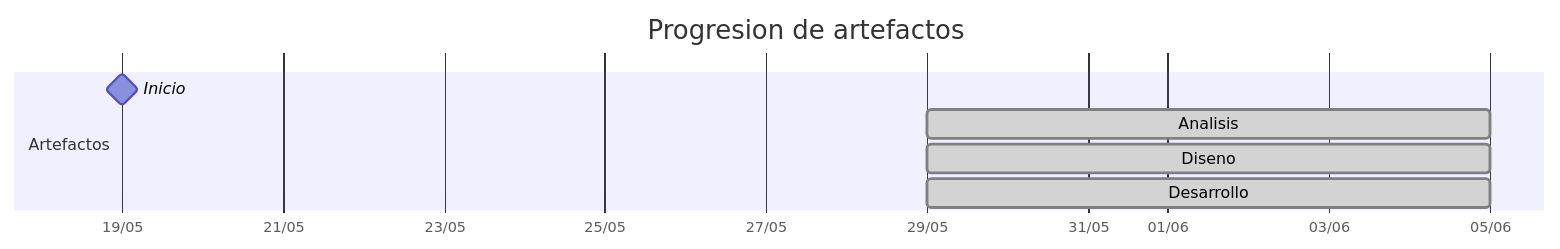
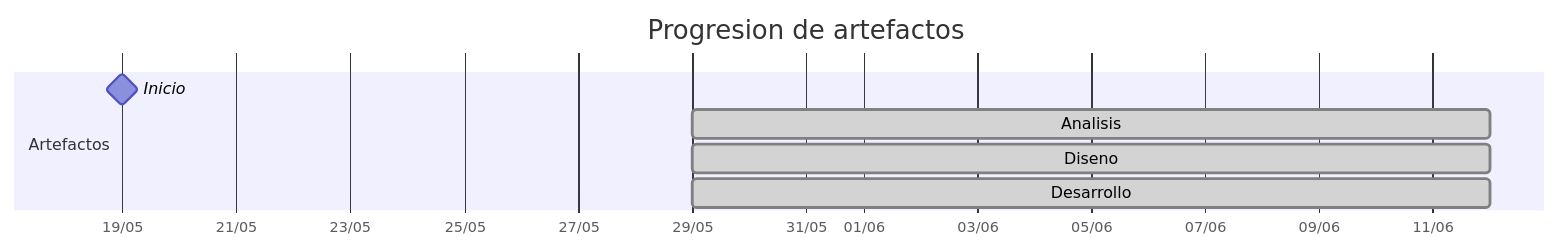
Before and after one commit to mmasias/25-26-idsw2-sdVC: the diagram in TIMELINES/eirik-rosete.md, drawn with Mermaid. The commit also changed other lines of this file and 9 other files, not shown here.

````diff
--- a/TIMELINES/eirik-rosete.md
+++ b/TIMELINES/eirik-rosete.md
@@ -22,11 +22,11 @@
 ```mermaid
 gantt
     title Progresion de artefactos
     dateFormat YYYY-MM-DD
     axisFormat %d/%m
     section Artefactos
         Inicio       :milestone, 2026-05-19, 0d
-        Analisis     :done, 2026-05-29, 2026-06-05
-        Diseno       :done, 2026-05-29, 2026-06-05
-        Desarrollo   :done, 2026-05-29, 2026-06-05
+        Analisis     :done, 2026-05-29, 2026-06-12
+        Diseno       :done, 2026-05-29, 2026-06-12
+        Desarrollo   :done, 2026-05-29, 2026-06-12
 ```
````
